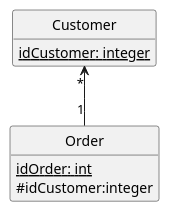
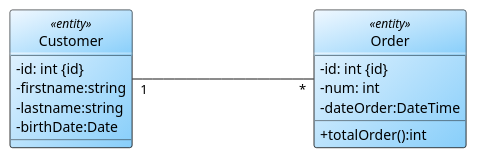
Before and after one commit to bbauer02/3wa_uml: the ninth of 11 diagrams in document/passer_du_diagramme_de_classe_a_la_bdd.adoc, drawn with PlantUML. The commit also changed other lines of this file and 12 other files, not shown here.

```diff
--- a/document/passer_du_diagramme_de_classe_a_la_bdd.adoc
+++ b/document/passer_du_diagramme_de_classe_a_la_bdd.adoc
@@ -145,18 +324,28 @@
-[plantuml,target=schema_relationnel_commerce_base,format=svg]
+[plantuml,target=gezzr,format=svg]
 ....
 hide circle
-hide method
 skinparam classAttributeIconSize 0
-skinparam RectangleBackgroundColor white
-
-class Customer {
-{static} idCustomer: integer
+skinparam class {
+    BackgroundColor<<entity>> aliceblue/lightskyblue
+    BackgroundColor<<controller>> business/khaki
+    BackgroundColor<<manager>> cornsilk/navajowhite
 }
 
-class Order {
-{static} idOrder: int
-#idCustomer:integer
+class Customer <<entity>>{
+-id: int {id}
+-firstname:string
+-lastname:string
+-birthDate:Date
 }
 
-Customer "*" <-- "1" Order
+class Order <<entity>>{
+-id: int {id}
+-num: int
+-dateOrder:DateTime
++totalOrder():int
+}
+left to right direction
+Customer "1" ---- "*" Order
+
+
 ....
```
